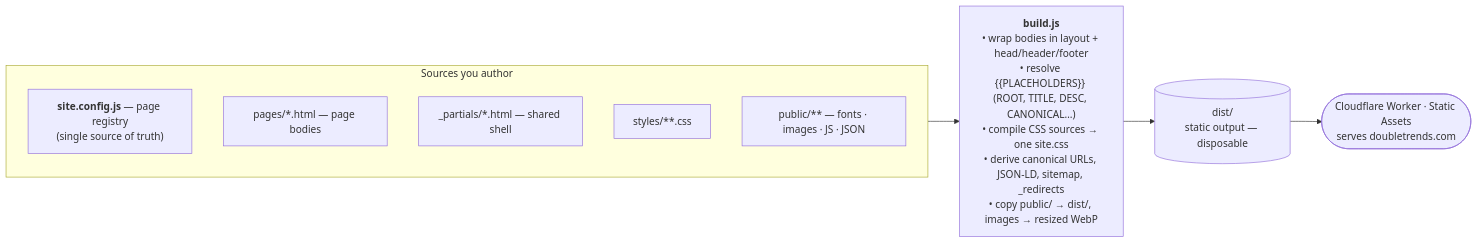
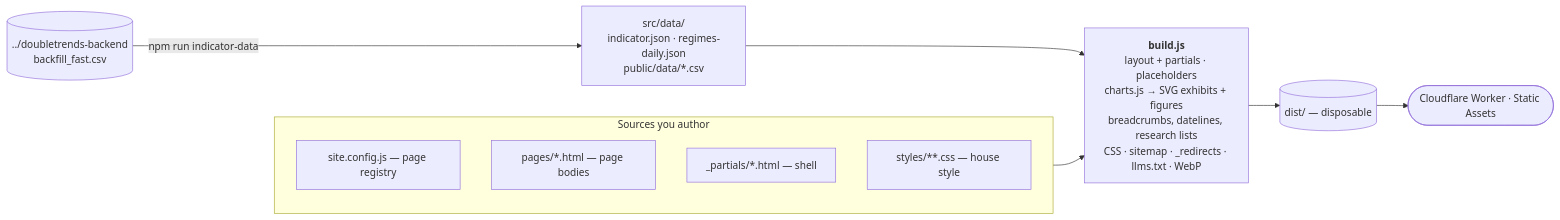
One commit to doubletrends/doubletrends-site changed the diagram in README.md. Above: the diagram before and after it, drawn with Mermaid. The commit also changed other lines of this file and 16 other files, not shown here.

````diff
--- a/README.md
+++ b/README.md
@@ -15,16 +11,15 @@
 ```mermaid
 flowchart LR
+    backend[("../doubletrends-backend<br/>backfill_fast.csv")] -->|npm run indicator-data| data["src/data/<br/>indicator.json · regimes-daily.json<br/>public/data/*.csv"]
     subgraph SRC["Sources you author"]
         direction TB
-        cfg["<b>site.config.js</b> — page registry<br/>(single source of truth)"]
+        cfg["site.config.js — page registry"]
         pages["pages/*.html — page bodies"]
-        parts["_partials/*.html — shared shell"]
-        css["styles/**.css"]
-        pub["public/** — fonts · images · JS · JSON"]
+        parts["_partials/*.html — shell"]
+        css["styles/**.css — house style"]
     end
-
-    SRC --> build["<b>build.js</b><br/>• wrap bodies in layout + head/header/footer<br/>• resolve #123;#123;PLACEHOLDERS#125;#125; (ROOT, TITLE, DESC, CANONICAL…)<br/>• compile CSS sources → one site.css<br/>• derive canonical URLs, JSON-LD, sitemap, _redirects<br/>• copy public/ → dist/, images → resized WebP"]
-
-    build --> dist[("dist/<br/>static output — disposable")]
-    dist --> cf(["Cloudflare Worker · Static Assets<br/>serves doubletrends.com"])
+    data --> build
+    SRC --> build["<b>build.js</b><br/>layout + partials · placeholders<br/>charts.js → SVG exhibits + figures<br/>breadcrumbs, datelines, research lists<br/>CSS · sitemap · _redirects · llms.txt · WebP"]
+    build --> dist[("dist/ — disposable")]
+    dist --> cf(["Cloudflare Worker · Static Assets"])
 ```
````
